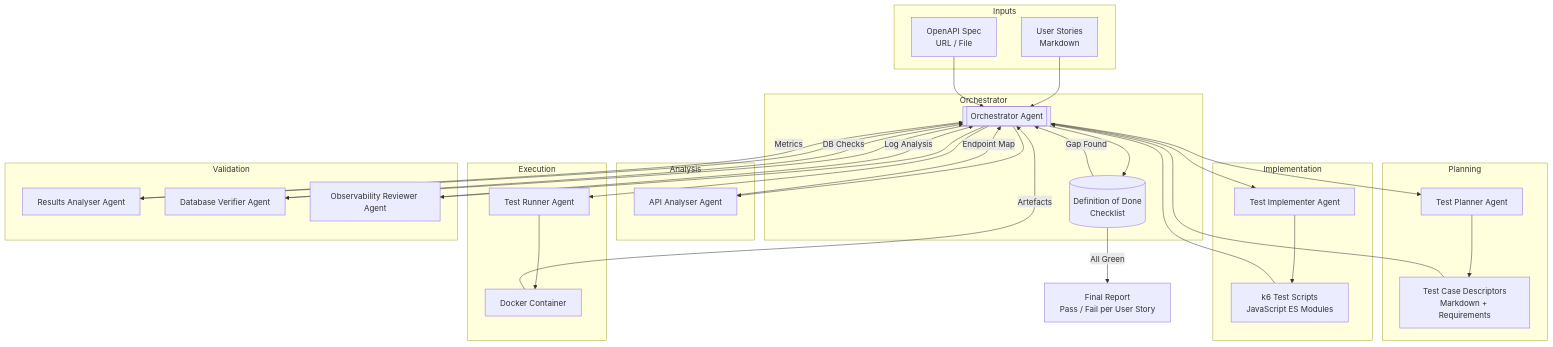
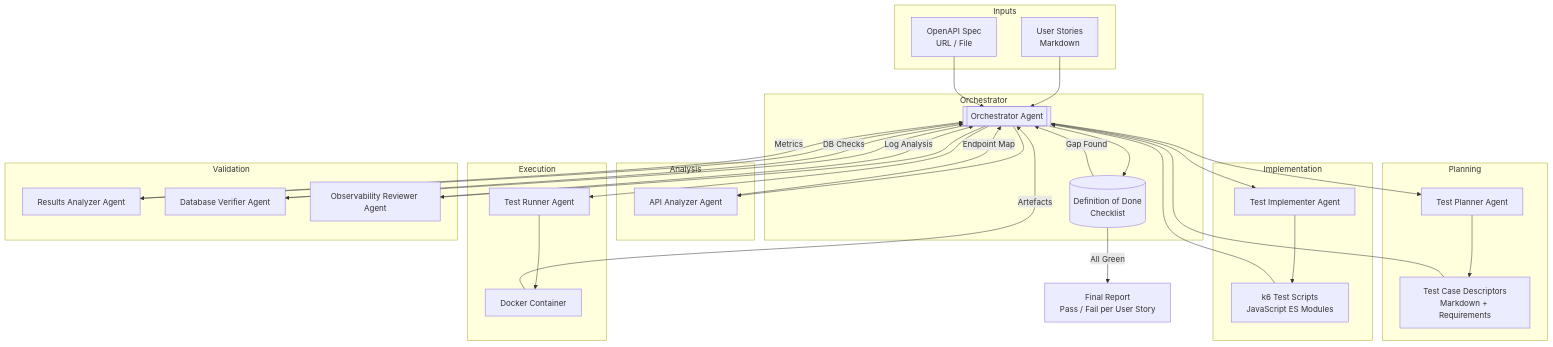
Before and after one commit to aydabd/k6-performance-tests: the first of 5 diagrams in docs/plans/wp-12-ai-agent-test-automation.md, drawn with Mermaid. The commit also changed other lines of this file, not shown here.

Commit message:
docs: use American English spelling (Analyzer) in WP-12 plan

````diff
--- a/docs/plans/wp-12-ai-agent-test-automation.md
+++ b/docs/plans/wp-12-ai-agent-test-automation.md
@@ -60,62 +60,62 @@
 ```mermaid
 flowchart TD
     subgraph Inputs
         US[User Stories<br/>Markdown]
         OA[OpenAPI Spec<br/>URL / File]
     end
 
     subgraph Orchestrator
         ORCH[[Orchestrator Agent]]
         DOD[(Definition of Done<br/>Checklist)]
     end
 
     subgraph Analysis
-        AA[API Analyser Agent]
+        AA[API Analyzer Agent]
     end
 
     subgraph Planning
         TP[Test Planner Agent]
         TC[Test Case Descriptors<br/>Markdown + Requirements]
     end
 
     subgraph Implementation
         TI[Test Implementer Agent]
         K6[k6 Test Scripts<br/>JavaScript ES Modules]
     end
 
     subgraph Execution
         TR[Test Runner Agent]
         CTR[Docker Container]
     end
 
     subgraph Validation
-        RA[Results Analyser Agent]
+        RA[Results Analyzer Agent]
         DV[Database Verifier Agent]
         OR[Observability Reviewer Agent]
     end
 
     RPT[Final Report<br/>Pass / Fail per User Story]
 
     US --> ORCH
     OA --> ORCH
     ORCH --> AA
     AA -->|Endpoint Map| ORCH
     ORCH --> TP
     TP --> TC
     TC --> ORCH
     ORCH --> TI
     TI --> K6
     K6 --> ORCH
     ORCH --> TR
     TR --> CTR
     CTR -->|Artefacts| ORCH
     ORCH --> RA
     ORCH --> DV
     ORCH --> OR
     RA -->|Metrics| ORCH
     DV -->|DB Checks| ORCH
     OR -->|Log Analysis| ORCH
     ORCH --> DOD
     DOD -->|All Green| RPT
     DOD -->|Gap Found| ORCH
 ```
````
